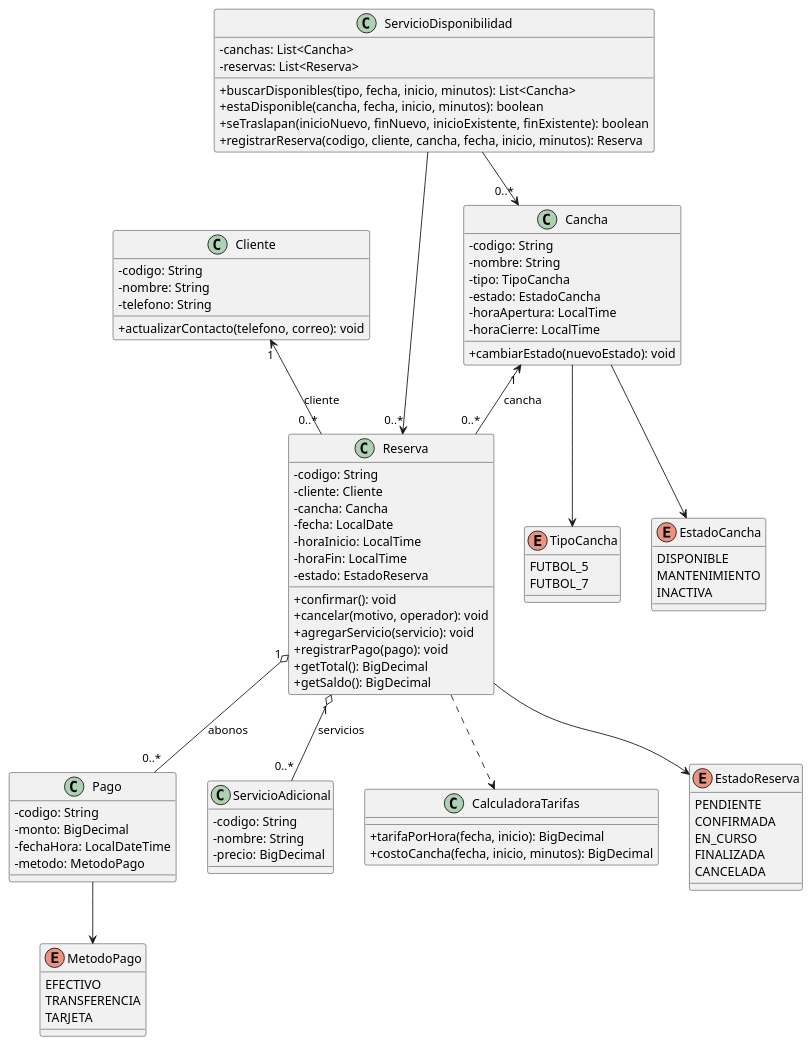
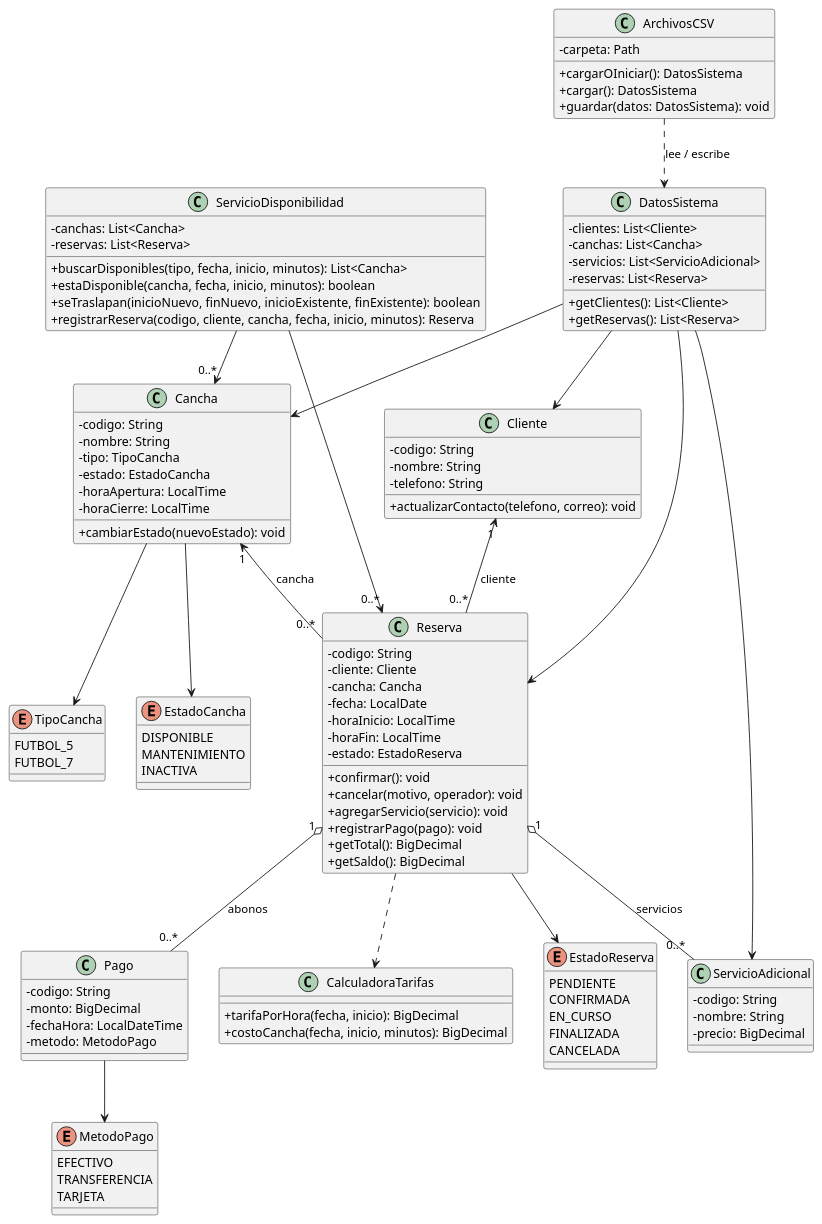
One commit to CacheJR/Proyecto-Programacion-II changed the diagram in diagrama_clases.puml. Above: the diagram before and after it, drawn with PlantUML. The commit also changed 10 other files, not shown here.

Commit message:
Avance 05: guardar y recuperar datos con archivos CSV

```diff
--- a/diagrama_clases.puml
+++ b/diagrama_clases.puml
@@ -1,88 +1,107 @@
 @startuml
 skinparam classAttributeIconSize 0
 class Cliente {
   - codigo: String
   - nombre: String
   - telefono: String
   + actualizarContacto(telefono, correo): void
 }
 class Cancha {
   - codigo: String
   - nombre: String
   - tipo: TipoCancha
   - estado: EstadoCancha
   - horaApertura: LocalTime
   - horaCierre: LocalTime
   + cambiarEstado(nuevoEstado): void
 }
 class Reserva {
   - codigo: String
   - cliente: Cliente
   - cancha: Cancha
   - fecha: LocalDate
   - horaInicio: LocalTime
   - horaFin: LocalTime
   - estado: EstadoReserva
   + confirmar(): void
   + cancelar(motivo, operador): void
   + agregarServicio(servicio): void
   + registrarPago(pago): void
   + getTotal(): BigDecimal
   + getSaldo(): BigDecimal
 }
 class Pago {
   - codigo: String
   - monto: BigDecimal
   - fechaHora: LocalDateTime
   - metodo: MetodoPago
 }
 class ServicioAdicional {
   - codigo: String
   - nombre: String
   - precio: BigDecimal
 }
 class CalculadoraTarifas {
   + tarifaPorHora(fecha, inicio): BigDecimal
   + costoCancha(fecha, inicio, minutos): BigDecimal
 }
 enum MetodoPago {
   EFECTIVO
   TRANSFERENCIA
   TARJETA
 }
 Pago --> MetodoPago
 Reserva ..> CalculadoraTarifas
 class ServicioDisponibilidad {
   - canchas: List<Cancha>
   - reservas: List<Reserva>
   + buscarDisponibles(tipo, fecha, inicio, minutos): List<Cancha>
   + estaDisponible(cancha, fecha, inicio, minutos): boolean
   + seTraslapan(inicioNuevo, finNuevo, inicioExistente, finExistente): boolean
   + registrarReserva(codigo, cliente, cancha, fecha, inicio, minutos): Reserva
 }
 enum EstadoCancha {
  DISPONIBLE
  MANTENIMIENTO
  INACTIVA
 }
 enum EstadoReserva {
  PENDIENTE
  CONFIRMADA
  EN_CURSO
  FINALIZADA
  CANCELADA
 }
 enum TipoCancha {
  FUTBOL_5
  FUTBOL_7
 }
 Cliente "1" <-- "0..*" Reserva : cliente
 Cancha "1" <-- "0..*" Reserva : cancha
 Cancha --> EstadoCancha
 Cancha --> TipoCancha
 Reserva "1" o-- "0..*" Pago : abonos
 Reserva "1" o-- "0..*" ServicioAdicional : servicios
 Reserva --> EstadoReserva
 ServicioDisponibilidad --> "0..*" Cancha
 ServicioDisponibilidad --> "0..*" Reserva
+class DatosSistema {
+  - clientes: List<Cliente>
+  - canchas: List<Cancha>
+  - servicios: List<ServicioAdicional>
+  - reservas: List<Reserva>
+  + getClientes(): List<Cliente>
+  + getReservas(): List<Reserva>
+}
+class ArchivosCSV {
+  - carpeta: Path
+  + cargarOIniciar(): DatosSistema
+  + cargar(): DatosSistema
+  + guardar(datos: DatosSistema): void
+}
+ArchivosCSV ..> DatosSistema : lee / escribe
+DatosSistema --> Cliente
+DatosSistema --> Cancha
+DatosSistema --> Reserva
+DatosSistema --> ServicioAdicional
 @enduml
```
